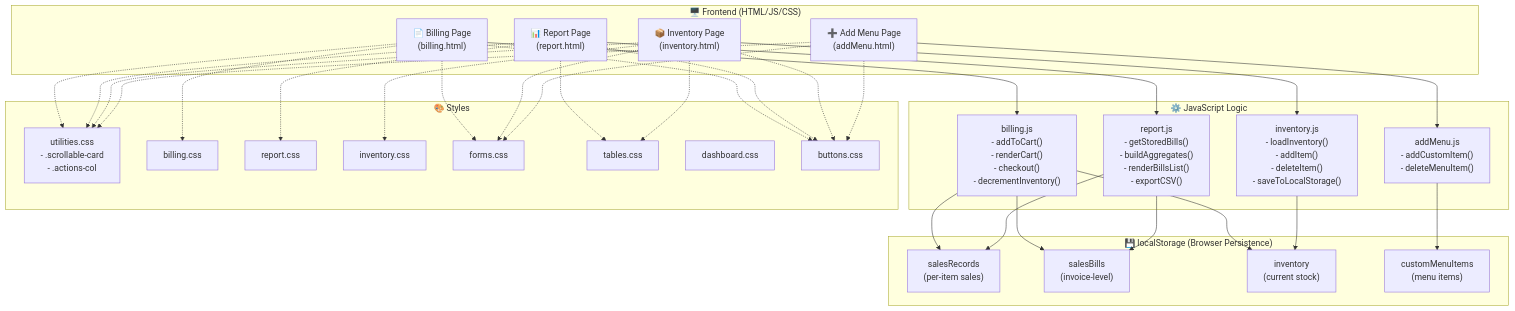
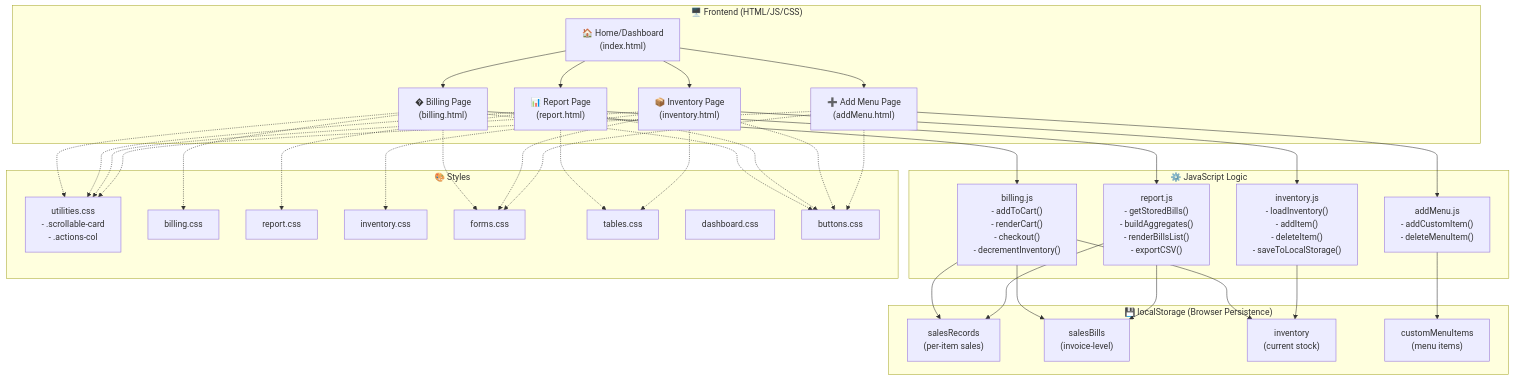
Before and after one commit to Alrayyanumar56/Cafeteria-Mangement-System: the first of 6 diagrams in docs/ARCHITECTURE.md, drawn with Mermaid. The commit also changed other lines of this file, not shown here.

````diff
--- a/docs/ARCHITECTURE.md
+++ b/docs/ARCHITECTURE.md
@@ -5,67 +5,72 @@
 ```mermaid
 graph TB
     subgraph Frontend["🖥️ Frontend (HTML/JS/CSS)"]
-        BP["📄 Billing Page<br/>(billing.html)"]
+        HOME["🏠 Home/Dashboard<br/>(index.html)"]
+        BP["� Billing Page<br/>(billing.html)"]
         RP["📊 Report Page<br/>(report.html)"]
         IP["📦 Inventory Page<br/>(inventory.html)"]
         AMP["➕ Add Menu Page<br/>(addMenu.html)"]
+        HOME --> BP
+        HOME --> RP
+        HOME --> IP
+        HOME --> AMP
     end
     
     subgraph Logic["⚙️ JavaScript Logic"]
         BJ["billing.js<br/>- addToCart()<br/>- renderCart()<br/>- checkout()<br/>- decrementInventory()"]
         RJ["report.js<br/>- getStoredBills()<br/>- buildAggregates()<br/>- renderBillsList()<br/>- exportCSV()"]
         IJ["inventory.js<br/>- loadInventory()<br/>- addItem()<br/>- deleteItem()<br/>- saveToLocalStorage()"]
         AMJ["addMenu.js<br/>- addCustomItem()<br/>- deleteMenuItem()"]
     end
     
     subgraph Storage["💾 localStorage (Browser Persistence)"]
         SR["salesRecords<br/>(per-item sales)"]
         SB["salesBills<br/>(invoice-level)"]
         INV["inventory<br/>(current stock)"]
         CMI["customMenuItems<br/>(menu items)"]
     end
     
     subgraph CSS["🎨 Styles"]
         UC["utilities.css<br/>- .scrollable-card<br/>- .actions-col"]
         BC["billing.css"]
         RC["report.css"]
         IC["inventory.css"]
         FC["forms.css"]
         TC["tables.css"]
         DC["dashboard.css"]
         BTC["buttons.css"]
     end
     
     BP --> BJ
     RP --> RJ
     IP --> IJ
     AMP --> AMJ
     
     BJ --> SR
     BJ --> SB
     BJ --> INV
     RJ --> SR
     RJ --> SB
     IJ --> INV
     AMJ --> CMI
     
     BP -.-> UC
     BP -.-> BC
     BP -.-> BTC
     BP -.-> FC
     
     RP -.-> UC
     RP -.-> RC
     RP -.-> TC
     RP -.-> BTC
     
     IP -.-> UC
     IP -.-> IC
     IP -.-> TC
     IP -.-> FC
     IP -.-> BTC
     
     AMP -.-> UC
     AMP -.-> FC
     AMP -.-> BTC
 ```
````
